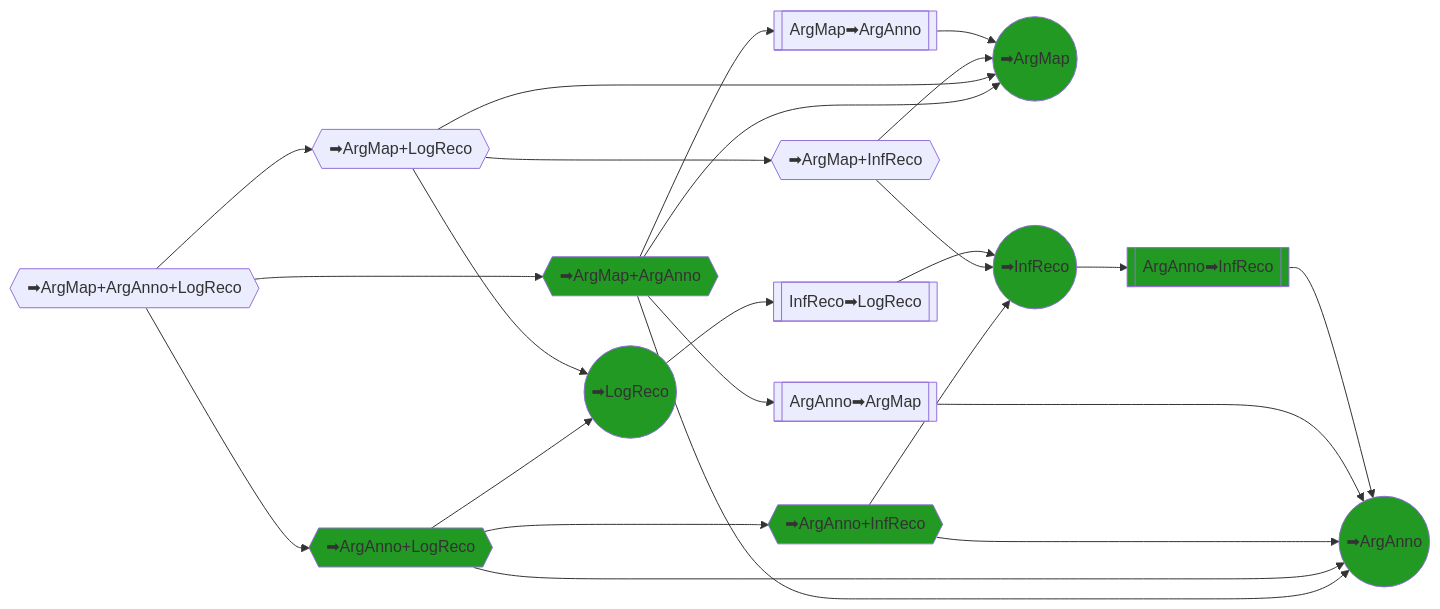
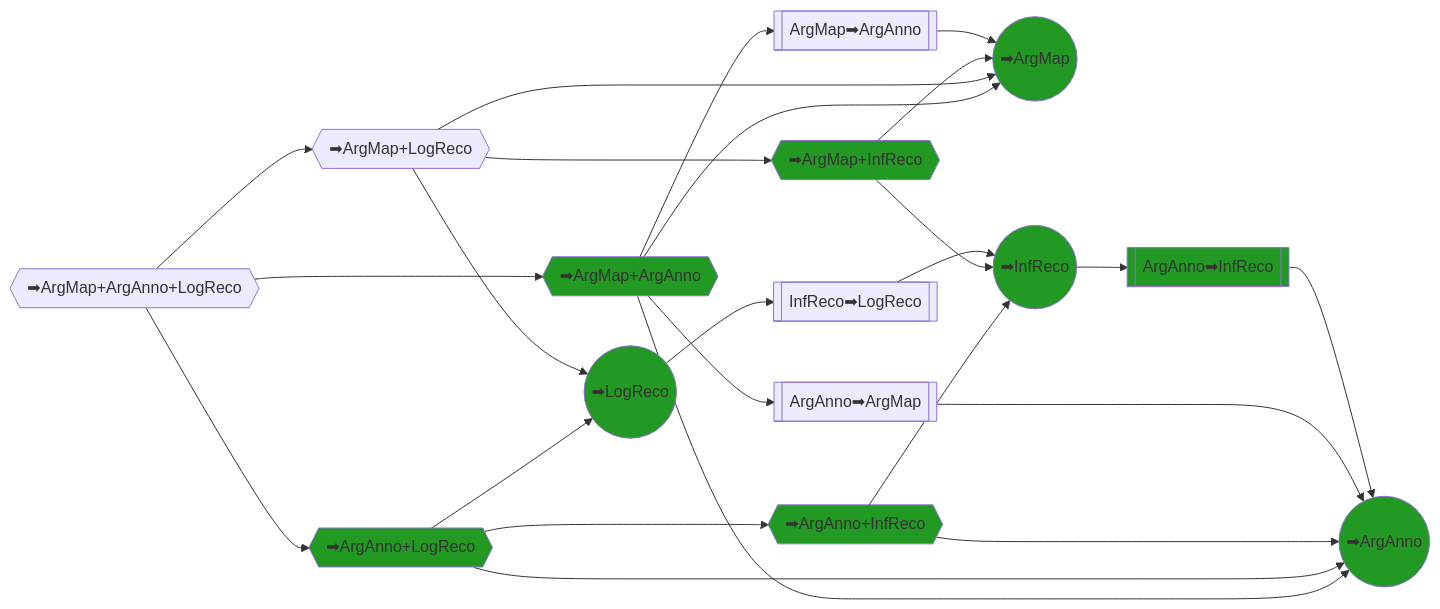
One commit to debatelab/argdown-feedback changed the third of 3 diagrams in README.md. Above: the diagram before and after it, drawn with Mermaid.

````diff
--- a/README.md
+++ b/README.md
@@ -53,54 +53,54 @@
 ```mermaid
 flowchart LR
 
 %%Top comprehensive tasks%%
 
 
 T1{{➡ArgMap+ArgAnno+LogReco}}
 
 T2{{➡ArgMap+ArgAnno}}
 T3{{➡ArgAnno+LogReco}}
 T4{{➡ArgMap+LogReco}}
 T9{{➡ArgAnno+InfReco}}
 T10{{➡ArgMap+InfReco}}
 
 T5((➡ArgMap))
 T6((➡ArgAnno))
 T7((➡LogReco))
 T8((➡InfReco))
 
 T1 --> T2 
 T1 --> T3 --> T9
 T1 --> T4 --> T10
 
 T2 --> T5
 T2 --> T6
 T3 --> T6
 T3 --> T7
 T4 --> T5
 T4 --> T7
 T9 --> T6
 T9 --> T8
 T10 --> T5
 T10 --> T8
 
 SE1[[ArgAnno➡ArgMap]]
 T2 --> SE1 --> T6
 
 SE2[[ArgMap➡ArgAnno]]
 T2 --> SE2 --> T5
 
 %%Logical reconstruction exercises%%
 
 SE3[[ArgAnno➡InfReco]]
 T8 --> SE3 --> T6
 
 
 SE4[[InfReco➡LogReco]]
 T7 --> SE4 --> T8
 
 classDef Completed fill:#292;
-class T2,T3,T5,T6,T7,T8,T9,SE3 Completed;
+class T2,T3,T5,T6,T7,T8,T9,T10,SE3 Completed;
 
 
 ```
````
